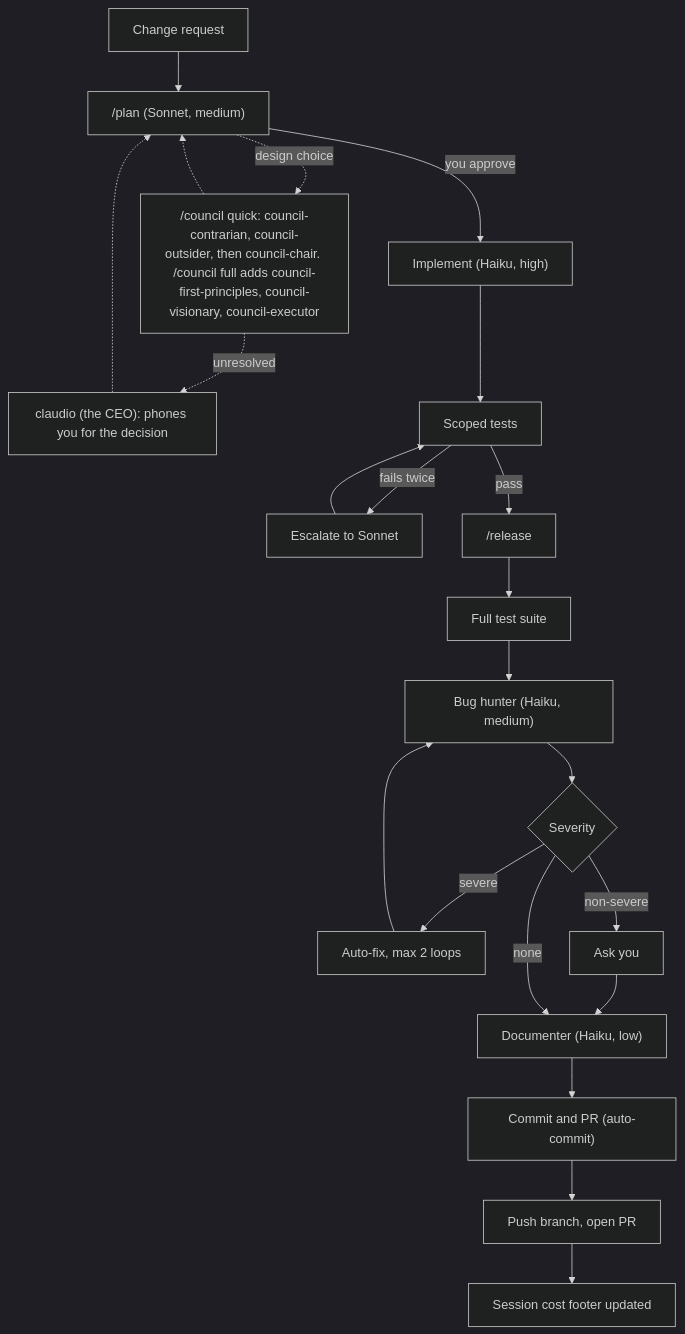
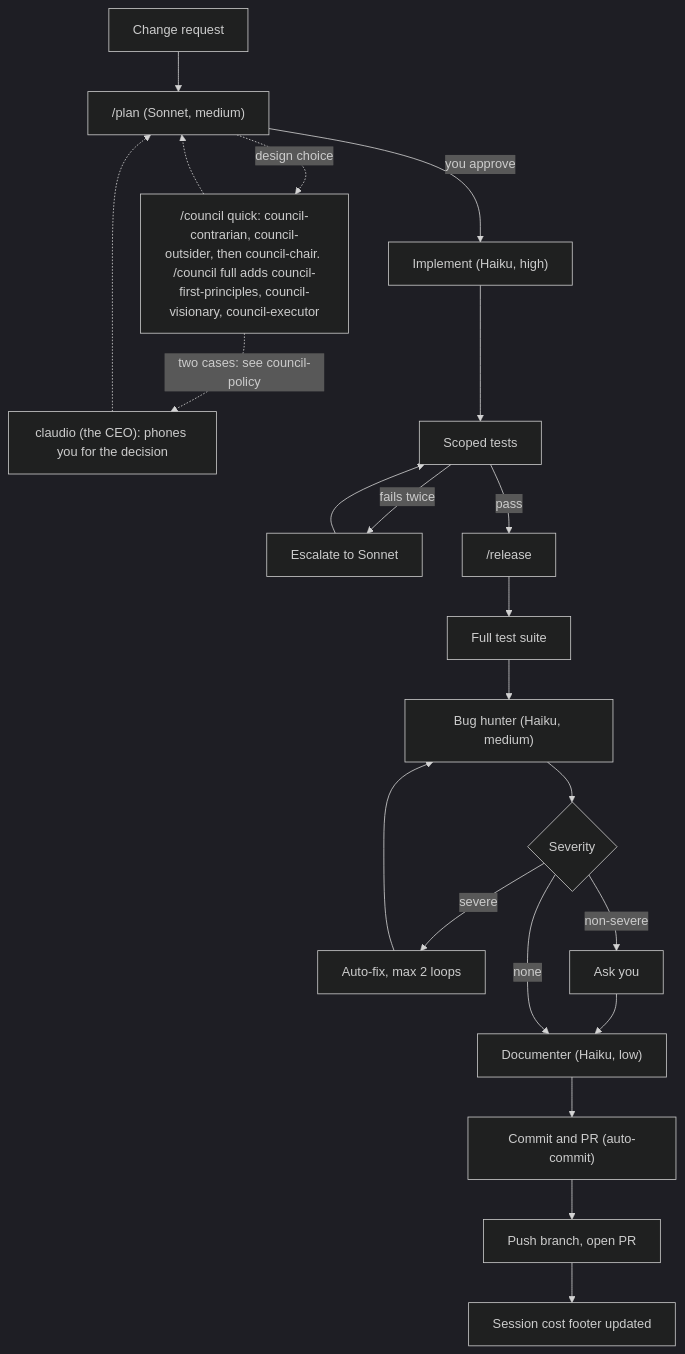
The diagram in README.md (destaben/dotclaude), drawn with Mermaid (dark theme) before and after one commit. The commit also changed other lines of this file and 3 other files, not shown here.

````diff
--- a/README.md
+++ b/README.md
@@ -103,24 +103,24 @@
 ```mermaid
 flowchart TD
     A[Change request] --> B["/plan (Sonnet, medium)"]
     B -.->|design choice| Q["/council quick: council-contrarian, council-outsider, then council-chair. /council full adds council-first-principles, council-visionary, council-executor"]
     Q -.-> B
-    Q -.->|unresolved| U["claudio (the CEO): phones you for the decision"]
+    Q -.->|two cases: see council-policy| U["claudio (the CEO): phones you for the decision"]
     U -.-> B
     B -->|you approve| C["Implement (Haiku, high)"]
     C --> D[Scoped tests]
     D -->|fails twice| E[Escalate to Sonnet]
     E --> D
     D -->|pass| F["/release"]
     F --> G[Full test suite]
     G --> H["Bug hunter (Haiku, medium)"]
     H --> I{Severity}
     I -->|severe| J[Auto-fix, max 2 loops]
     J --> H
     I -->|non-severe| K[Ask you]
     K --> M
     I -->|none| M["Documenter (Haiku, low)"]
     M --> N["Commit and PR (auto-commit)"]
     N --> O[Push branch, open PR]
     O --> P[Session cost footer updated]
 ```
````
